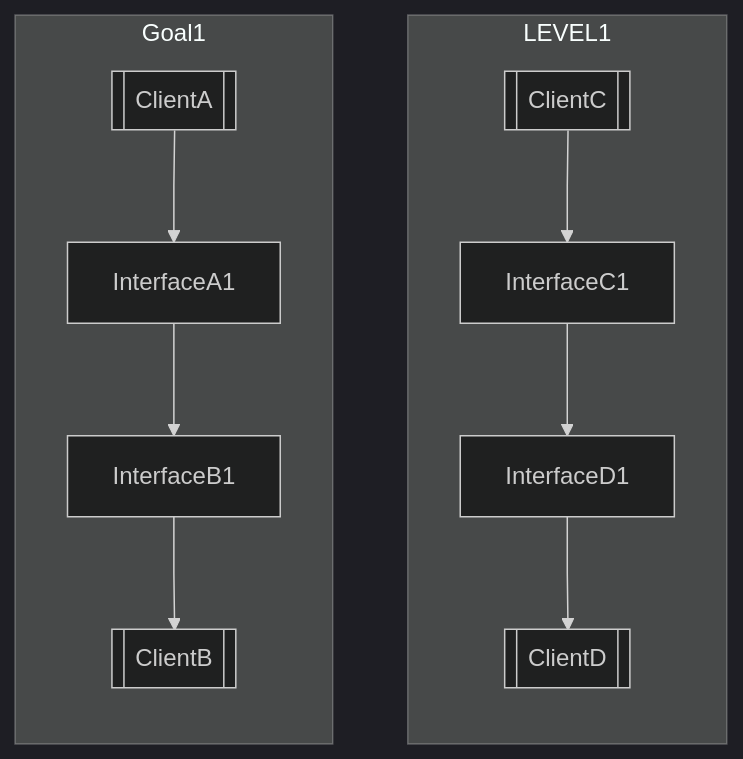
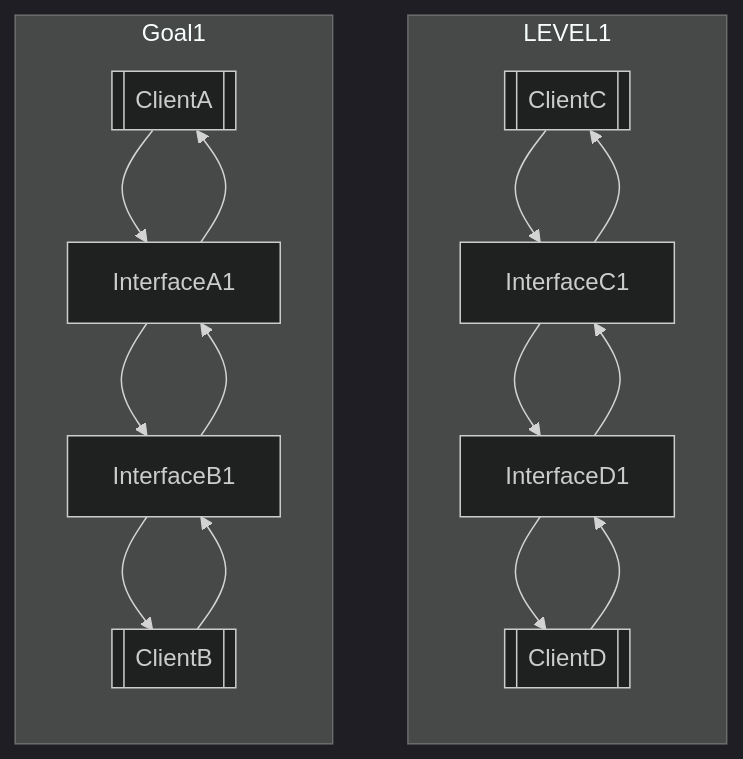
The first of 2 diagrams in level1.md (rikeda-cloud/net_practice), drawn with Mermaid before and after one commit. The commit also changed other lines of this file and 9 other files, not shown here.

````diff
--- a/level1.md
+++ b/level1.md
@@ -12,21 +12,22 @@
 ```mermaid
 %%{init:{'theme': 'dark'}}%%
-%%{init:{'flowchart': {'curve': 'natural'}}}%%
 flowchart
 subgraph LEVEL1
     direction TB
     CL_C[[ClientC]]
     CL_D[[ClientD]]
     IF_C[InterfaceC1]
     IF_D[InterfaceD1]
     CL_C-->IF_C-->IF_D-->CL_D
+    CL_D-->IF_D-->IF_C-->CL_C
 end
 subgraph Goal1
     direction TB
     CL_A[[ClientA]]
     CL_B[[ClientB]]
     IF_A[InterfaceA1]
     IF_B[InterfaceB1]
     CL_A-->IF_A-->IF_B-->CL_B
+    CL_B-->IF_B-->IF_A-->CL_A
 end
 ```
````
